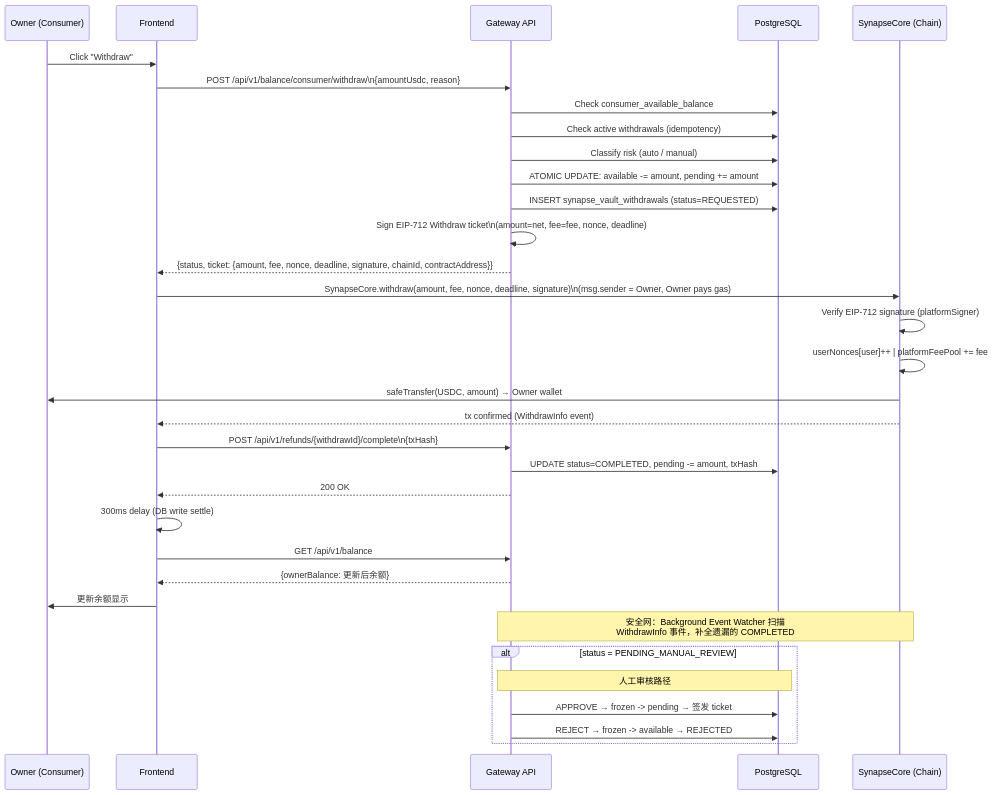
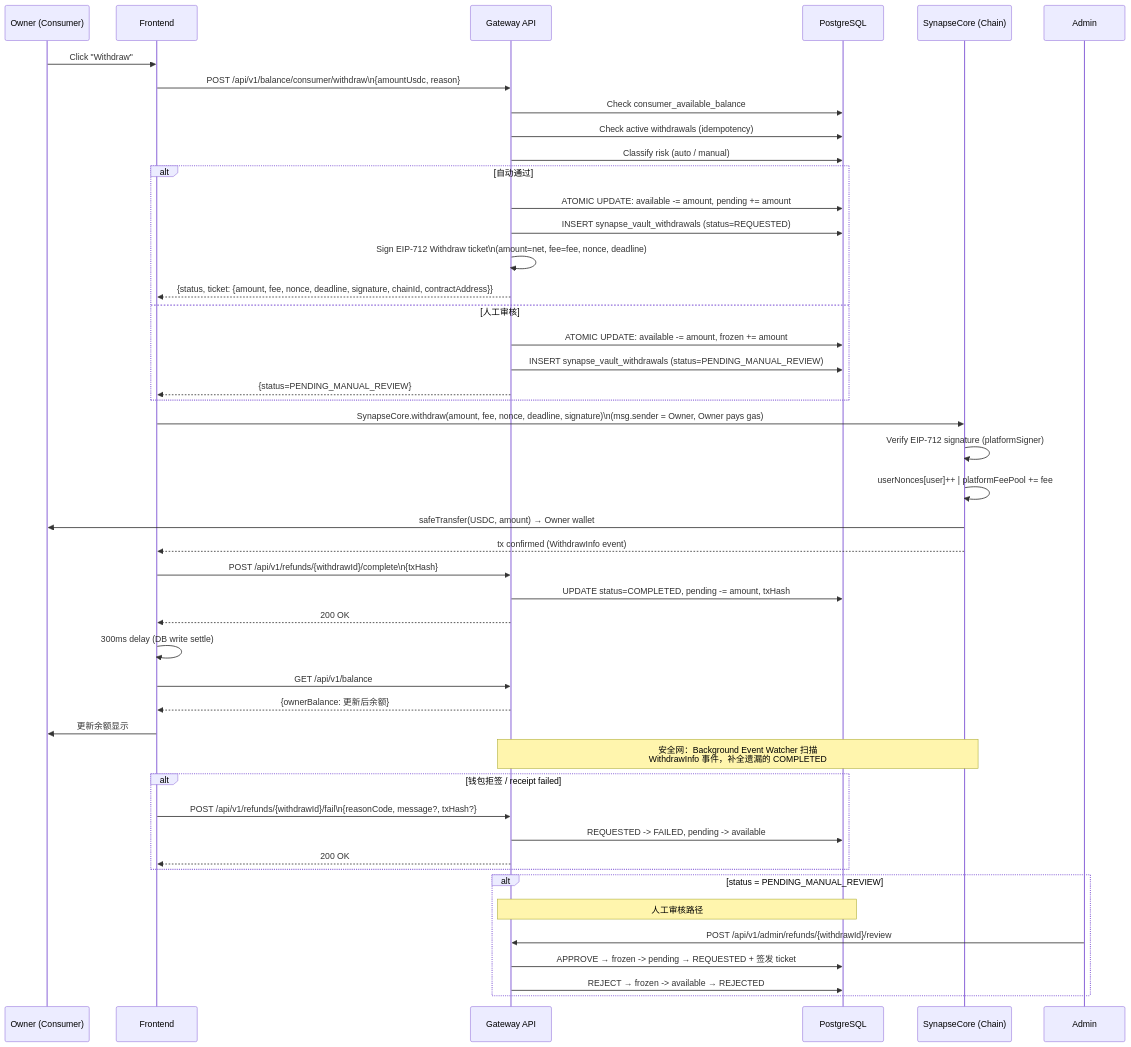
One commit to SynapseNetworkAI/Synapse-Network changed the diagram in docs/architecture/workflows/06_Consumer_Withdrawal_and_Risk_Gates.md. Above: the diagram before and after it, drawn with Mermaid. The commit also changed other lines of this file and 22 other files, not shown here.

````diff
--- a/docs/architecture/workflows/06_Consumer_Withdrawal_and_Risk_Gates.md
+++ b/docs/architecture/workflows/06_Consumer_Withdrawal_and_Risk_Gates.md
@@ -103,41 +113,54 @@
 ```mermaid
 sequenceDiagram
     participant U as Owner (Consumer)
     participant FE as Frontend
     participant GW as Gateway API
     participant DB as PostgreSQL
     participant SC as SynapseCore (Chain)
 
     U->>FE: Click "Withdraw"
     FE->>GW: POST /api/v1/balance/consumer/withdraw\n{amountUsdc, reason}
     GW->>DB: Check consumer_available_balance
     GW->>DB: Check active withdrawals (idempotency)
     GW->>DB: Classify risk (auto / manual)
-    GW->>DB: ATOMIC UPDATE: available -= amount, pending += amount
-    GW->>DB: INSERT synapse_vault_withdrawals (status=REQUESTED)
-    GW->>GW: Sign EIP-712 Withdraw ticket\n(amount=net, fee=fee, nonce, deadline)
-    GW-->>FE: {status, ticket: {amount, fee, nonce, deadline, signature, chainId, contractAddress}}
+    alt 自动通过
+        GW->>DB: ATOMIC UPDATE: available -= amount, pending += amount
+        GW->>DB: INSERT synapse_vault_withdrawals (status=REQUESTED)
+        GW->>GW: Sign EIP-712 Withdraw ticket\n(amount=net, fee=fee, nonce, deadline)
+        GW-->>FE: {status, ticket: {amount, fee, nonce, deadline, signature, chainId, contractAddress}}
+    else 人工审核
+        GW->>DB: ATOMIC UPDATE: available -= amount, frozen += amount
+        GW->>DB: INSERT synapse_vault_withdrawals (status=PENDING_MANUAL_REVIEW)
+        GW-->>FE: {status=PENDING_MANUAL_REVIEW}
+    end
 
     FE->>SC: SynapseCore.withdraw(amount, fee, nonce, deadline, signature)\n(msg.sender = Owner, Owner pays gas)
     SC->>SC: Verify EIP-712 signature (platformSigner)
     SC->>SC: userNonces[user]++ | platformFeePool += fee
     SC->>U: safeTransfer(USDC, amount) → Owner wallet
     SC-->>FE: tx confirmed (WithdrawInfo event)
 
     FE->>GW: POST /api/v1/refunds/{withdrawId}/complete\n{txHash}
     GW->>DB: UPDATE status=COMPLETED, pending -= amount, txHash
     GW-->>FE: 200 OK
 
     FE->>FE: 300ms delay (DB write settle)
     FE->>GW: GET /api/v1/balance
     GW-->>FE: {ownerBalance: 更新后余额}
     FE->>U: 更新余额显示
 
     Note over GW,SC: 安全网：Background Event Watcher 扫描<br/>WithdrawInfo 事件，补全遗漏的 COMPLETED
 
+    alt 钱包拒签 / receipt failed
+        FE->>GW: POST /api/v1/refunds/{withdrawId}/fail\n{reasonCode, message?, txHash?}
+        GW->>DB: REQUESTED -> FAILED, pending -> available
+        GW-->>FE: 200 OK
+    end
+
     alt status = PENDING_MANUAL_REVIEW
         Note over GW,DB: 人工审核路径
-        GW->>DB: APPROVE → frozen -> pending → 签发 ticket
+        Admin->>GW: POST /api/v1/admin/refunds/{withdrawId}/review
+        GW->>DB: APPROVE → frozen -> pending → REQUESTED + 签发 ticket
         GW->>DB: REJECT  → frozen -> available → REJECTED
     end
 ```
````
